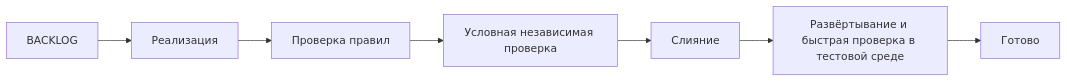
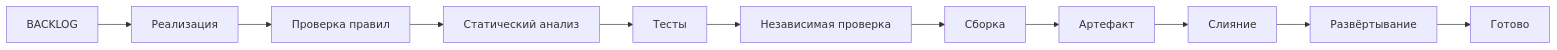
The diagram in README.md (TheCipherKeeper/ai-project-template), drawn with Mermaid before and after one commit. The commit also changed other lines of this file and 28 other files, not shown here.

````diff
--- a/README.md
+++ b/README.md
@@ -28,9 +31,13 @@
 ```mermaid
 flowchart LR
     backlog[BACKLOG] --> implementation[Реализация]
-    implementation --> gate[Проверка правил]
-    gate --> review[Условная независимая проверка]
-    review --> merge[Слияние]
-    merge --> test[Развёртывание и быстрая проверка в тестовой среде]
-    test --> done[Готово]
+    implementation --> policy[Проверка правил]
+    policy --> lint[Статический анализ]
+    lint --> tests[Тесты]
+    tests --> review[Независимая проверка]
+    review --> build[Сборка]
+    build --> artifact[Артефакт]
+    artifact --> merge[Слияние]
+    merge --> deploy[Развёртывание]
+    deploy --> done[Готово]
 ```
````
